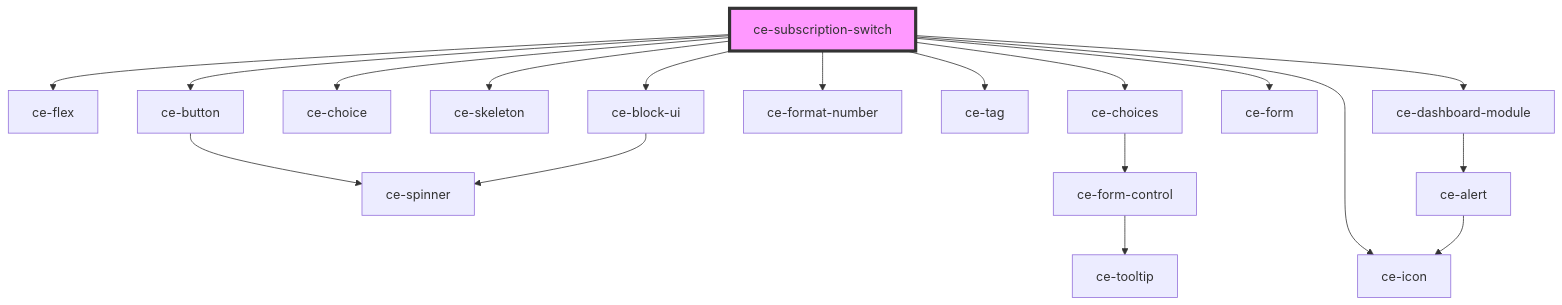
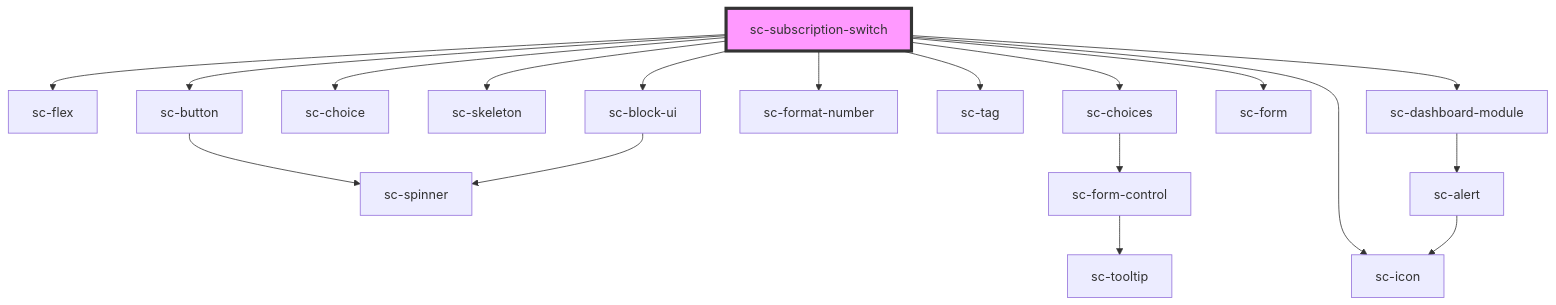
One commit to surecart/surecart-wp-plugin changed the diagram in packages/components/src/components/controllers/dashboard/subscription-switch/readme.md. Above: the diagram before and after it, drawn with Mermaid. The commit also changed other lines of this file and 1281 other files, not shown here.

````diff
--- a/packages/components/src/components/controllers/dashboard/subscription-switch/readme.md
+++ b/packages/components/src/components/controllers/dashboard/subscription-switch/readme.md
@@ -35,21 +35,21 @@
 ```mermaid
 graph TD;
-  ce-subscription-switch --> ce-flex
-  ce-subscription-switch --> ce-button
-  ce-subscription-switch --> ce-choice
-  ce-subscription-switch --> ce-skeleton
-  ce-subscription-switch --> ce-choices
-  ce-subscription-switch --> ce-format-number
-  ce-subscription-switch --> ce-tag
-  ce-subscription-switch --> ce-dashboard-module
-  ce-subscription-switch --> ce-form
-  ce-subscription-switch --> ce-icon
-  ce-subscription-switch --> ce-block-ui
-  ce-button --> ce-spinner
-  ce-choices --> ce-form-control
-  ce-form-control --> ce-tooltip
-  ce-dashboard-module --> ce-alert
-  ce-alert --> ce-icon
-  ce-block-ui --> ce-spinner
-  style ce-subscription-switch fill:#f9f,stroke:#333,stroke-width:4px
+  sc-subscription-switch --> sc-flex
+  sc-subscription-switch --> sc-button
+  sc-subscription-switch --> sc-choice
+  sc-subscription-switch --> sc-skeleton
+  sc-subscription-switch --> sc-choices
+  sc-subscription-switch --> sc-format-number
+  sc-subscription-switch --> sc-tag
+  sc-subscription-switch --> sc-dashboard-module
+  sc-subscription-switch --> sc-form
+  sc-subscription-switch --> sc-icon
+  sc-subscription-switch --> sc-block-ui
+  sc-button --> sc-spinner
+  sc-choices --> sc-form-control
+  sc-form-control --> sc-tooltip
+  sc-dashboard-module --> sc-alert
+  sc-alert --> sc-icon
+  sc-block-ui --> sc-spinner
+  style sc-subscription-switch fill:#f9f,stroke:#333,stroke-width:4px
 ```
````
